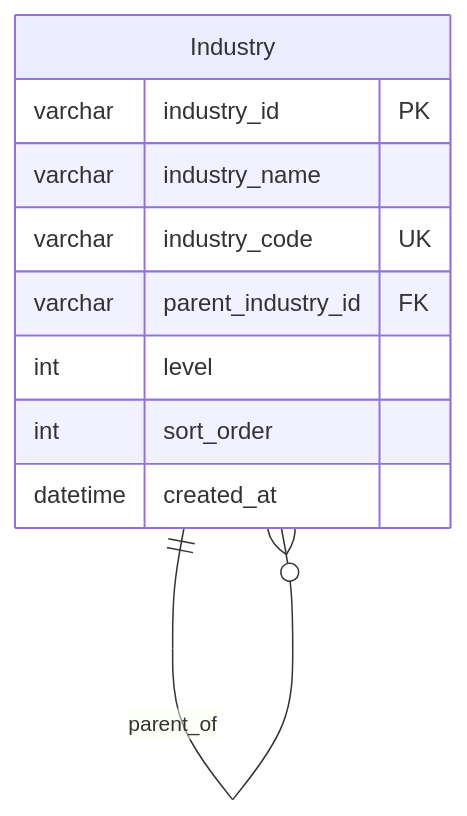
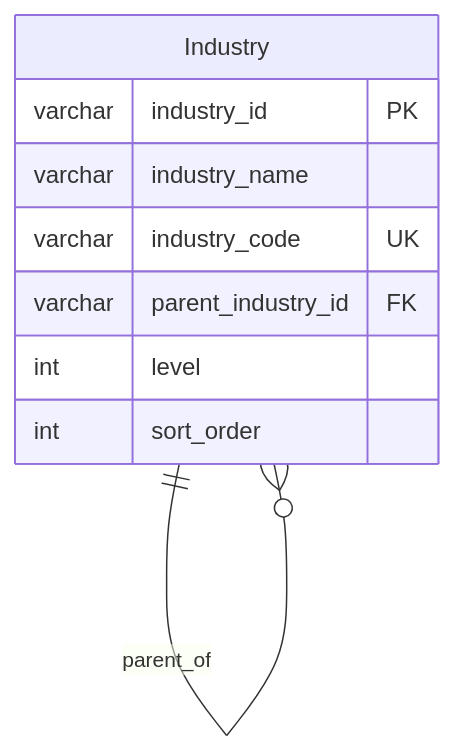
Before and after one commit to 312268112/advanced-java: diagram 15 of 25 in docs/b2b-cdp-entity-design.md, drawn with Mermaid. The commit also changed other lines of this file, not shown here.

````diff
--- a/docs/b2b-cdp-entity-design.md
+++ b/docs/b2b-cdp-entity-design.md
@@ -755,14 +602,13 @@
 ```mermaid
 erDiagram
     Industry ||--o{ Industry : parent_of
     
     Industry {
         varchar industry_id PK
         varchar industry_name
         varchar industry_code UK
         varchar parent_industry_id FK
         int level
         int sort_order
-        datetime created_at
     }
 ```
````
